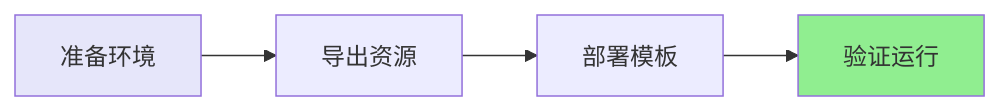
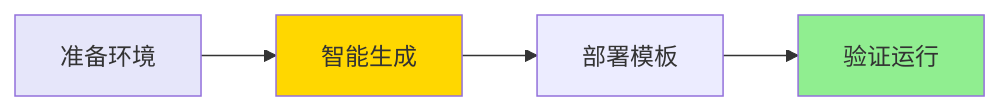
The diagram in QUICKSTART.md (liangyimingcom/AWS-Glue-workflow-automation-deployment-solution), drawn with Mermaid before and after one commit. The commit also changed other lines of this file and 11 other files, not shown here.

````diff
--- a/QUICKSTART.md
+++ b/QUICKSTART.md
@@ -5,9 +5,10 @@
 ```mermaid
 graph LR
-    A[准备环境] --> B[导出资源]
+    A[准备环境] --> B[智能生成]
     B --> C[部署模板]
     C --> D[验证运行]
     
     style A fill:#E6E6FA
+    style B fill:#FFD700
     style D fill:#90EE90
 ```
````
